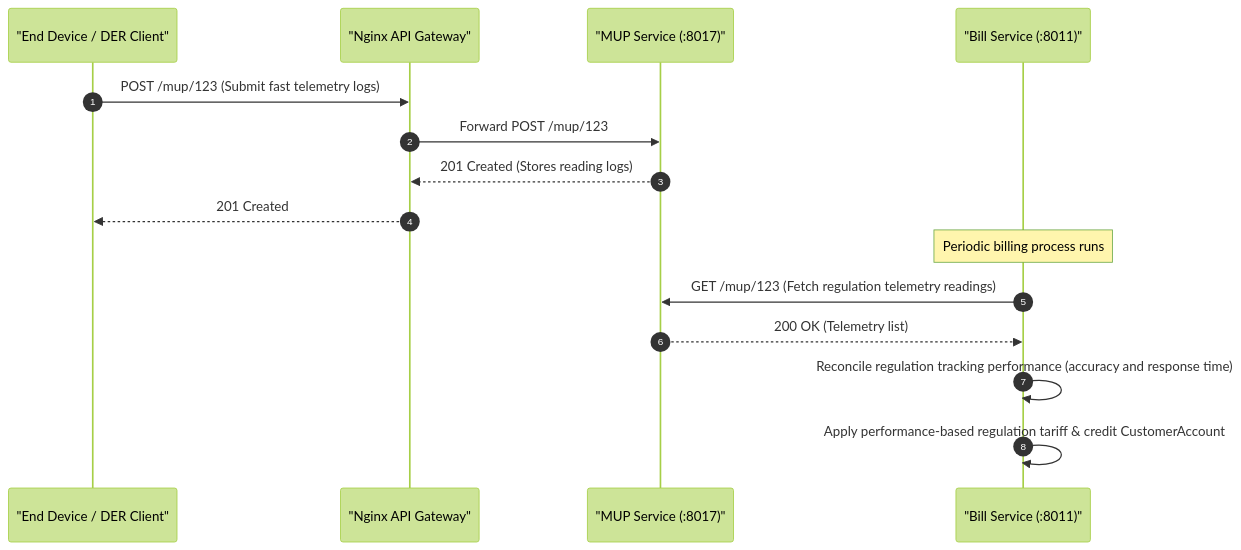
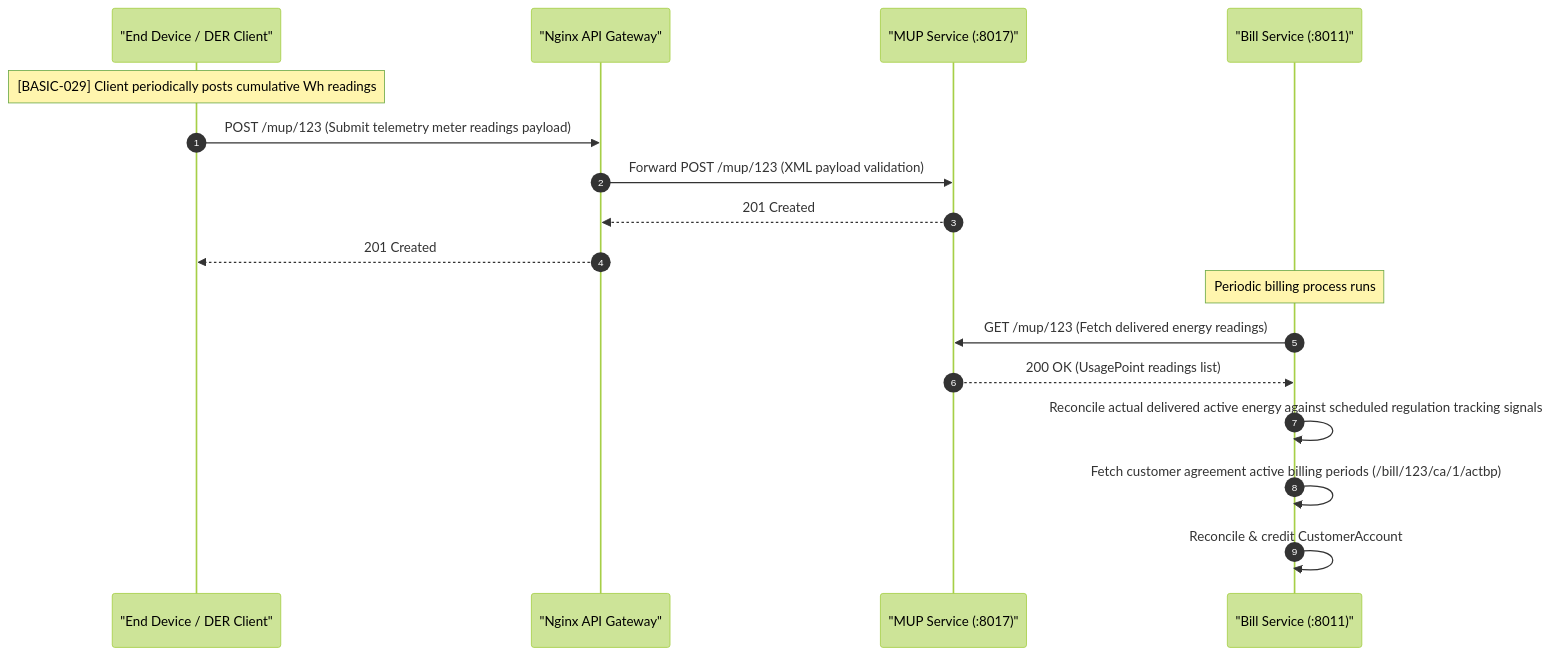
Before and after one commit to Tylores/egot: the sixth of 6 diagrams in lifecycles/regulation.md, drawn with Mermaid (forest theme). The commit also changed other lines of this file and 68 other files, not shown here.

Commit message:
refactor: migrate to microservices architecture, add validation tools and scenario tests

````diff
--- a/lifecycles/regulation.md
+++ b/lifecycles/regulation.md
@@ -108,19 +175,22 @@
 ```mermaid
 sequenceDiagram
     autonumber
     participant Client as "End Device / DER Client"
     participant GW as "Nginx API Gateway"
     participant MUP as "MUP Service (:8017)"
     participant Bill as "Bill Service (:8011)"
 
-    Client->>GW: POST /mup/123 (Submit fast telemetry logs)
-    GW->>MUP: Forward POST /mup/123
-    MUP-->>GW: 201 Created (Stores reading logs)
+    Note over Client: [BASIC-029] Client periodically posts cumulative Wh readings
+    Client->>GW: POST /mup/123 (Submit telemetry meter readings payload)
+    GW->>MUP: Forward POST /mup/123 (XML payload validation)
+    MUP-->>GW: 201 Created
     GW-->>Client: 201 Created
 
     Note over Bill: Periodic billing process runs
-    Bill->>MUP: GET /mup/123 (Fetch regulation telemetry readings)
-    MUP-->>Bill: 200 OK (Telemetry list)
-    Bill->>Bill: Reconcile regulation tracking performance (accuracy and response time)
-    Bill->>Bill: Apply performance-based regulation tariff & credit CustomerAccount
+    Bill->>MUP: GET /mup/123 (Fetch delivered energy readings)
+    MUP-->>Bill: 200 OK (UsagePoint readings list)
+    
+    Bill->>Bill: Reconcile actual delivered active energy against scheduled regulation tracking signals
+    Bill->>Bill: Fetch customer agreement active billing periods (/bill/123/ca/1/actbp)
+    Bill->>Bill: Reconcile & credit CustomerAccount
 ```
````
